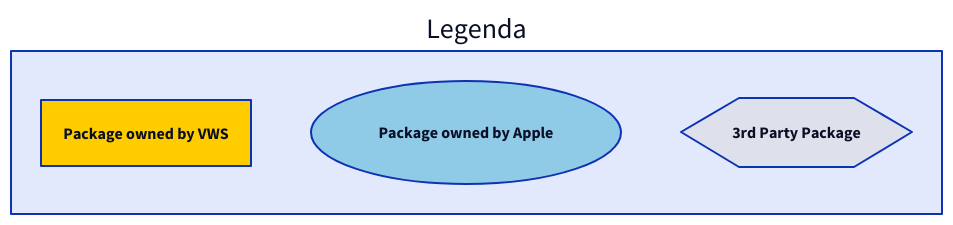
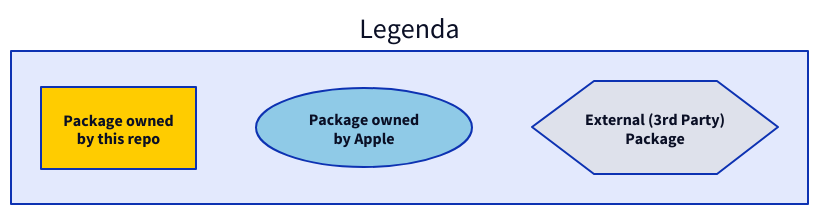
Before and after one commit to minvws/nl-mgo-app-ios: the diagram in Diagrams/legenda.d2, drawn with D2. The commit also changed 2 other files, not shown here.

```diff
--- a/Diagrams/legenda.d2
+++ b/Diagrams/legenda.d2
@@ -1,8 +1,8 @@
 Legenda {
-	Package owned by VWS { style.fill: "#ffcc00" }
-	Package owned by Apple: {
+	Package owned\nby this repo { style.fill: "#ffcc00" }
+	Package owned\nby Apple: {
 		shape: oval
 		style.fill: "#8FCAE7"
 	}
-	3rd Party Package { shape: hexagon }
+	External (3rd Party)\nPackage { shape: hexagon }
 }
```
